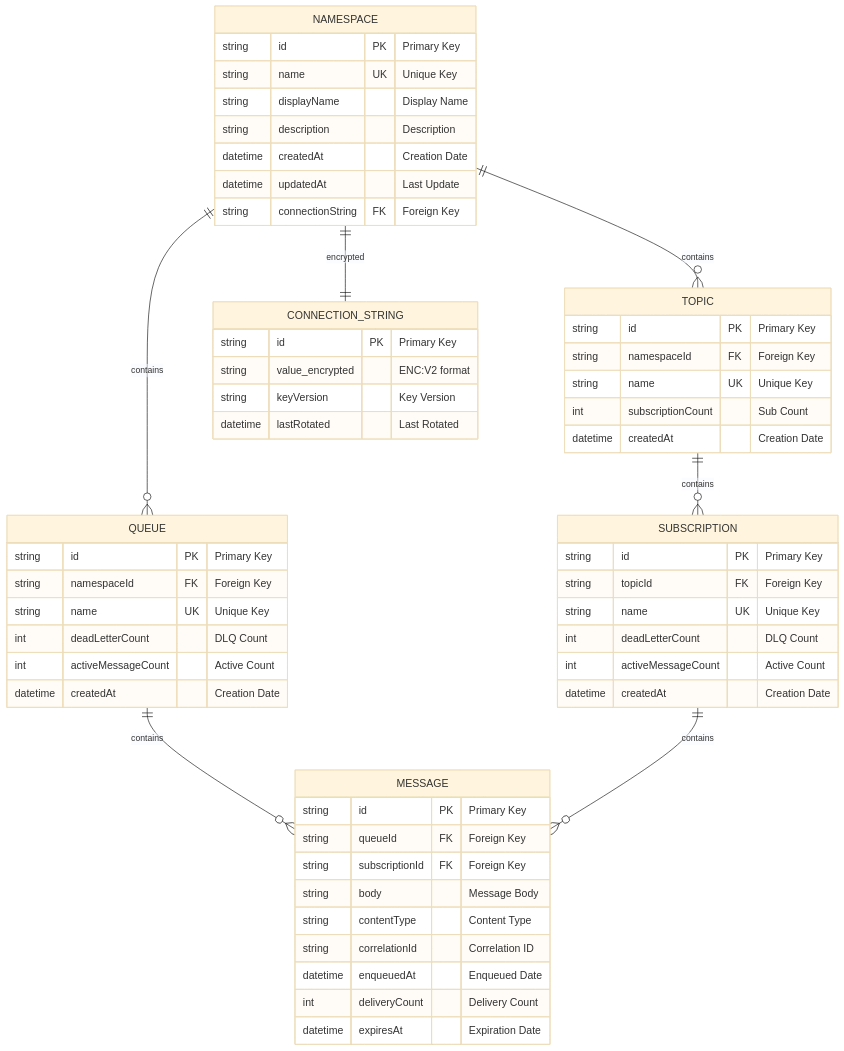
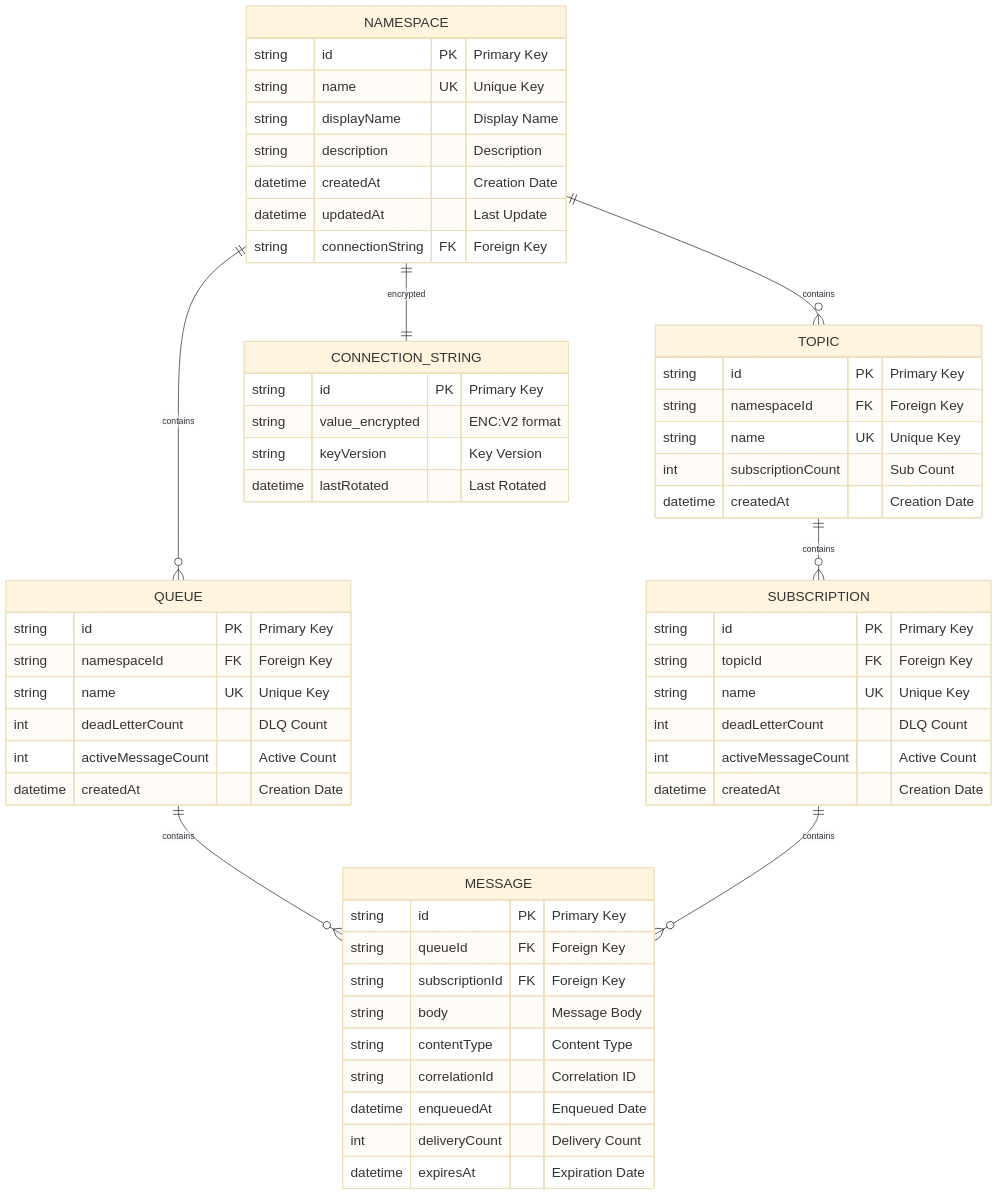
One commit to debdevops/servicehub changed the eighth of 12 diagrams in services/api/ARCHITECTURE.md. Above: the diagram before and after it, drawn with Mermaid. The commit also changed other lines of this file and 1 other file, not shown here.

````diff
--- a/services/api/ARCHITECTURE.md
+++ b/services/api/ARCHITECTURE.md
@@ -439,65 +439,65 @@
 ```mermaid
-%%{init: {'theme':'base', 'themeVariables': { 'fontSize':'17px'}}}%%
+%%{init: {'theme':'base', 'themeVariables': { 'fontSize':'22px'}}}%%
 erDiagram
     NAMESPACE ||--o{ QUEUE : "contains"
     NAMESPACE ||--o{ TOPIC : "contains"
     TOPIC ||--o{ SUBSCRIPTION : "contains"
     QUEUE ||--o{ MESSAGE : "contains"
     SUBSCRIPTION ||--o{ MESSAGE : "contains"
     NAMESPACE ||--|| CONNECTION_STRING : "encrypted"
 
     NAMESPACE {
         string id PK "Primary Key"
         string name UK "Unique Key"
         string displayName "Display Name"
         string description "Description"
         datetime createdAt "Creation Date"
         datetime updatedAt "Last Update"
         string connectionString FK "Foreign Key"
     }
 
     QUEUE {
         string id PK "Primary Key"
         string namespaceId FK "Foreign Key"
         string name UK "Unique Key"
         int deadLetterCount "DLQ Count"
         int activeMessageCount "Active Count"
         datetime createdAt "Creation Date"
     }
 
     TOPIC {
         string id PK "Primary Key"
         string namespaceId FK "Foreign Key"
         string name UK "Unique Key"
         int subscriptionCount "Sub Count"
         datetime createdAt "Creation Date"
     }
 
     SUBSCRIPTION {
         string id PK "Primary Key"
         string topicId FK "Foreign Key"
         string name UK "Unique Key"
         int deadLetterCount "DLQ Count"
         int activeMessageCount "Active Count"
         datetime createdAt "Creation Date"
     }
 
     MESSAGE {
         string id PK "Primary Key"
         string queueId FK "Foreign Key"
         string subscriptionId FK "Foreign Key"
         string body "Message Body"
         string contentType "Content Type"
         string correlationId "Correlation ID"
         datetime enqueuedAt "Enqueued Date"
         int deliveryCount "Delivery Count"
         datetime expiresAt "Expiration Date"
     }
 
     CONNECTION_STRING {
         string id PK "Primary Key"
         string value_encrypted "ENC:V2 format"
         string keyVersion "Key Version"
         datetime lastRotated "Last Rotated"
     }
 ```
````
